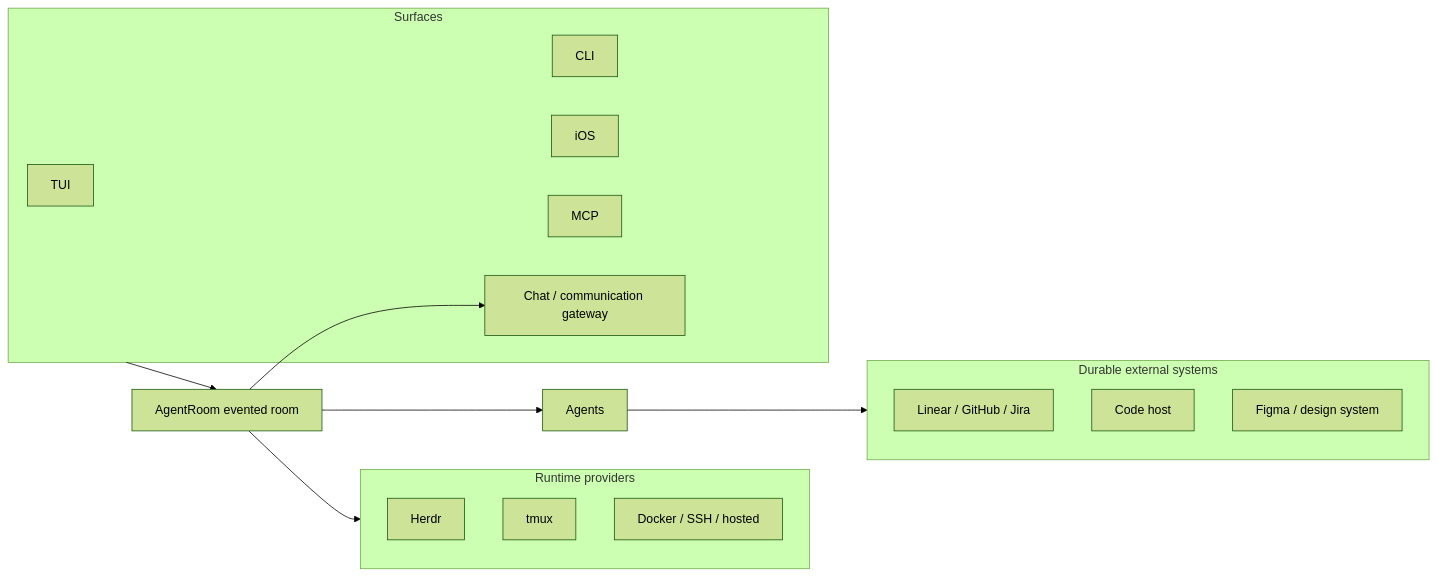
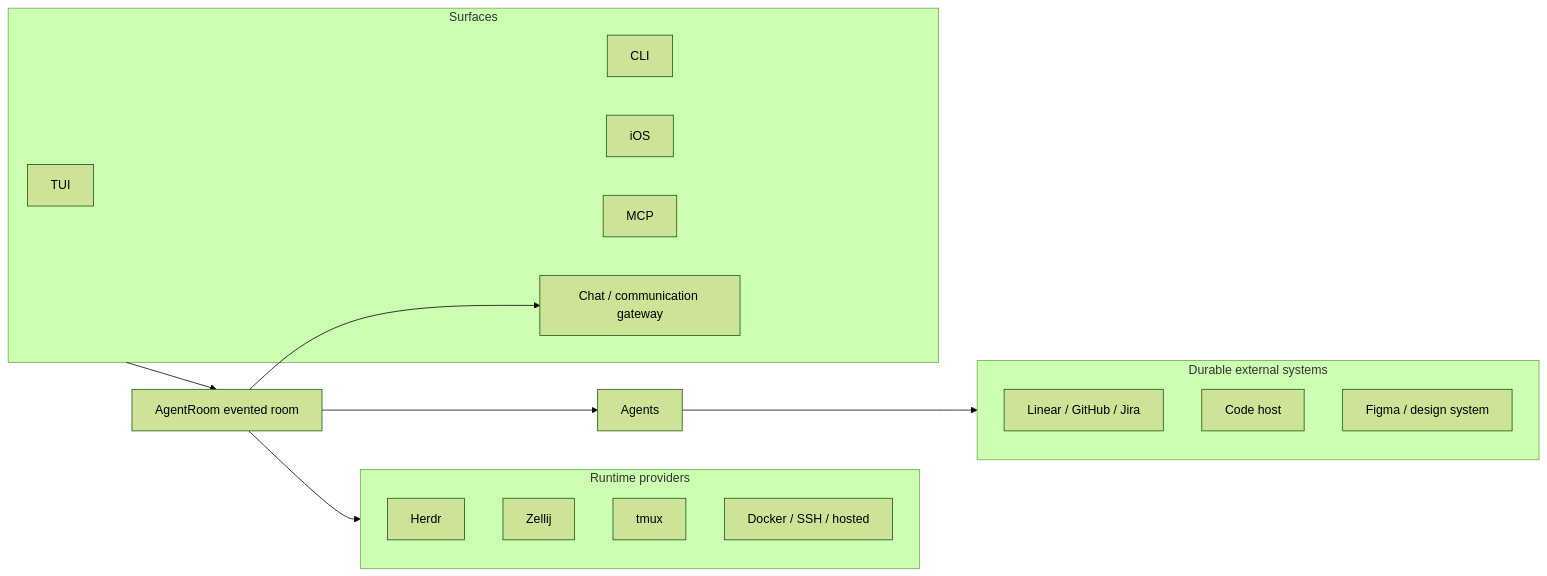
One commit to Volpestyle/agent-room changed the second of 3 diagrams in docs/ECOSYSTEM.md. Above: the diagram before and after it, drawn with Mermaid (forest theme). The commit also changed other lines of this file and 36 other files, not shown here.

````diff
--- a/docs/ECOSYSTEM.md
+++ b/docs/ECOSYSTEM.md
@@ -108,31 +108,32 @@
 ```mermaid
 flowchart LR
   subgraph surfaces["Surfaces"]
     tui["TUI"]
     cli["CLI"]
     mobile["iOS"]
     mcp["MCP"]
     gateway["Chat / communication gateway"]
   end
 
   room["AgentRoom evented room"]
   agents["Agents"]
 
   subgraph durable["Durable external systems"]
     tracker["Linear / GitHub / Jira"]
     code["Code host"]
     design["Figma / design system"]
   end
 
   subgraph runtimes["Runtime providers"]
     herdr["Herdr"]
+    zellij["Zellij"]
     tmux["tmux"]
     future["Docker / SSH / hosted"]
   end
 
   surfaces --> room
   room --> runtimes
   room --> gateway
   room --> agents
   agents --> durable
 ```
````
